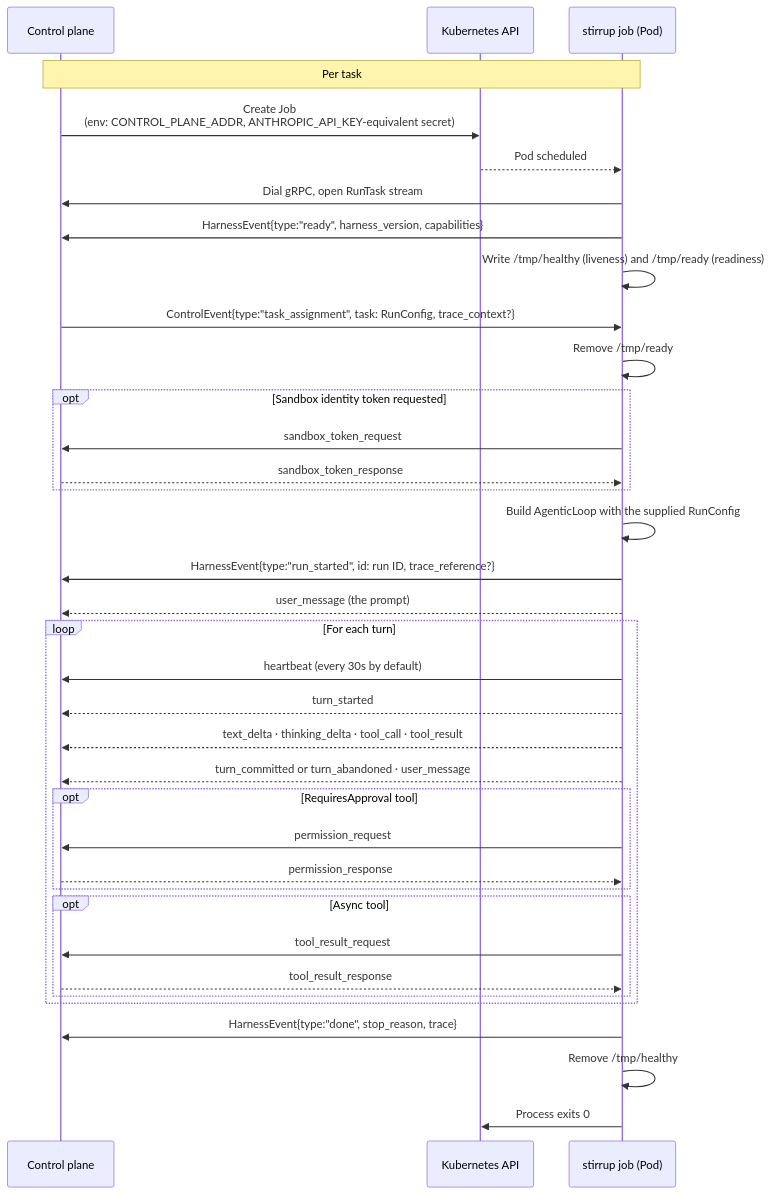
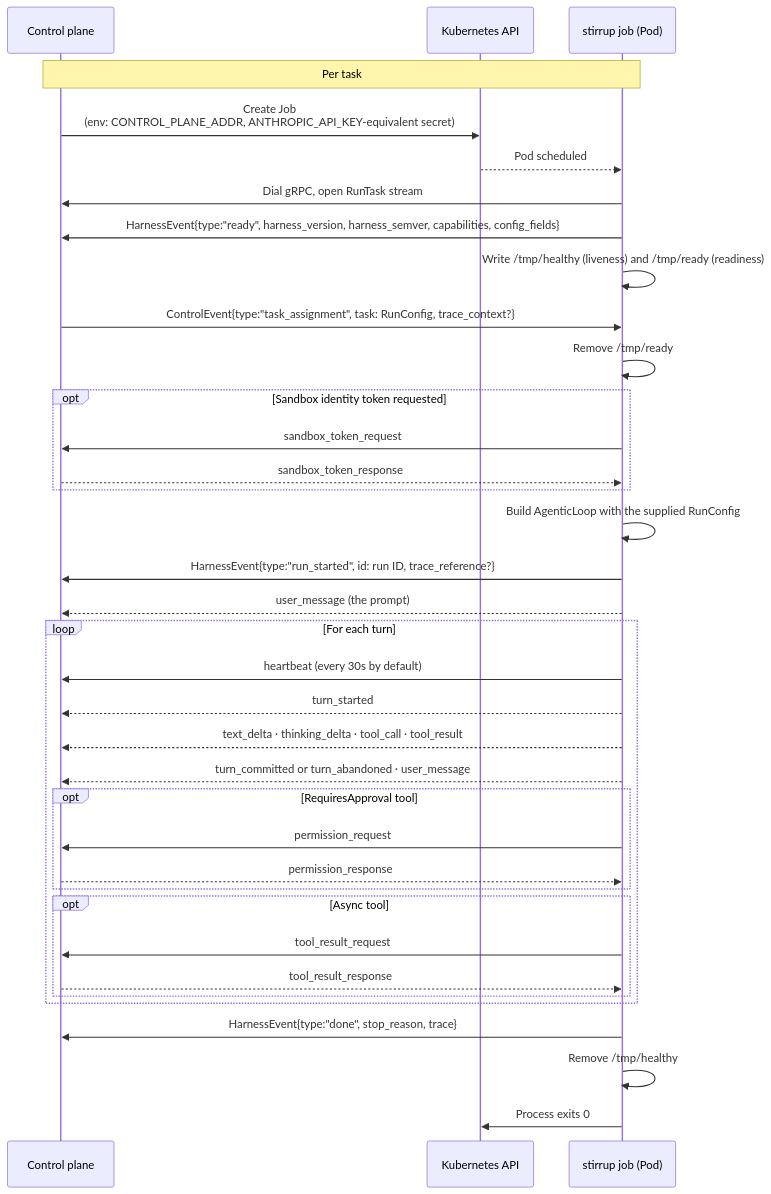
Before and after one commit to rxbynerd/stirrup: the diagram in docs/deployment.md, drawn with Mermaid. The commit also changed other lines of this file and 1 other file, not shown here.

First line of the commit message:
docs: describe RunConfig field negotiation on ready

````diff
--- a/docs/deployment.md
+++ b/docs/deployment.md
@@ -11,38 +11,38 @@
 ```mermaid
 sequenceDiagram
     participant CP as Control plane
     participant K as Kubernetes API
     participant H as stirrup job (Pod)
     Note over CP,H: Per task
     CP->>K: Create Job<br/>(env: CONTROL_PLANE_ADDR, ANTHROPIC_API_KEY-equivalent secret)
     K-->>H: Pod scheduled
     H->>CP: Dial gRPC, open RunTask stream
-    H->>CP: HarnessEvent{type:"ready", harness_version, capabilities}
+    H->>CP: HarnessEvent{type:"ready", harness_version, harness_semver, capabilities, config_fields}
     H->>H: Write /tmp/healthy (liveness) and /tmp/ready (readiness)
     CP->>H: ControlEvent{type:"task_assignment", task: RunConfig, trace_context?}
     H->>H: Remove /tmp/ready
     opt Sandbox identity token requested
         H->>CP: sandbox_token_request
         CP-->>H: sandbox_token_response
     end
     H->>H: Build AgenticLoop with the supplied RunConfig
     H->>CP: HarnessEvent{type:"run_started", id: run ID, trace_reference?}
     H-->>CP: user_message (the prompt)
     loop For each turn
         H->>CP: heartbeat (every 30s by default)
         H-->>CP: turn_started
         H-->>CP: text_delta · thinking_delta · tool_call · tool_result
         H-->>CP: turn_committed or turn_abandoned · user_message
         opt RequiresApproval tool
             H->>CP: permission_request
             CP-->>H: permission_response
         end
         opt Async tool
             H->>CP: tool_result_request
             CP-->>H: tool_result_response
         end
     end
     H->>CP: HarnessEvent{type:"done", stop_reason, trace}
     H->>H: Remove /tmp/healthy
     H->>K: Process exits 0
 ```
````
